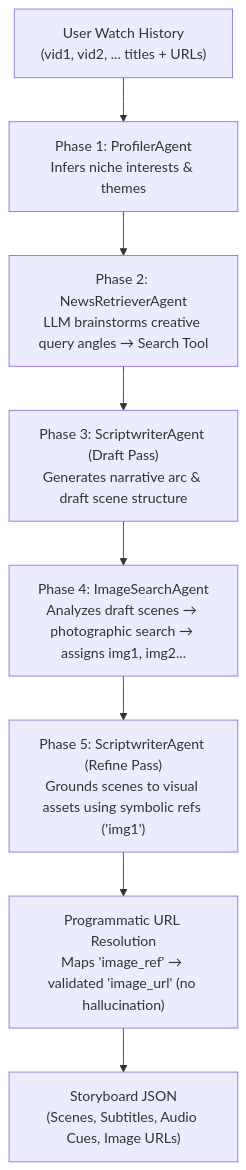
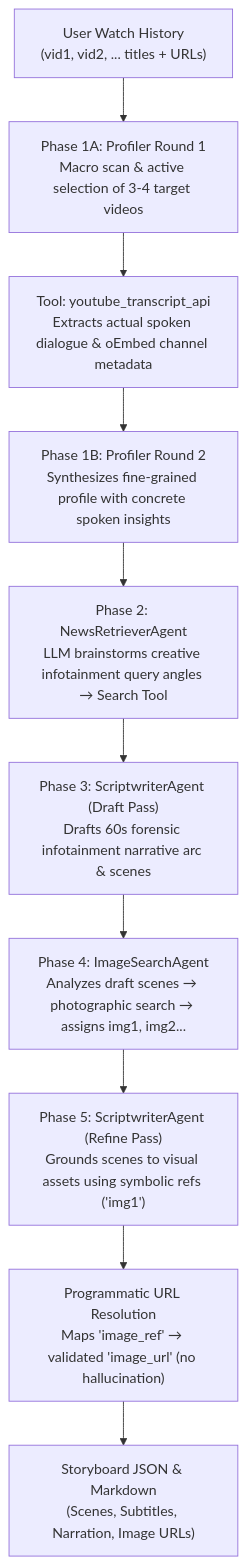
Before and after one commit to CharlesDupouy/nlp-multiagent-storyboarding: the first of 2 diagrams in docs/project_tracker.md, drawn with Mermaid. The commit also changed other lines of this file, not shown here.

Commit message:
docs: update tracker with 2-round profiler and infotainment baseline comparison

````diff
--- a/docs/project_tracker.md
+++ b/docs/project_tracker.md
@@ -34,10 +34,12 @@
 ```mermaid
 flowchart TD
-    I["User Watch History\n(vid1, vid2, ... titles + URLs)"] --> P["Phase 1: ProfilerAgent\nInfers niche interests & themes"]
-    P --> N["Phase 2: NewsRetrieverAgent\nLLM brainstorms creative query angles → Search Tool"]
-    N --> S1["Phase 3: ScriptwriterAgent (Draft Pass)\nGenerates narrative arc & draft scene structure"]
+    I["User Watch History\n(vid1, vid2, ... titles + URLs)"] --> P1["Phase 1A: Profiler Round 1\nMacro scan & active selection of 3-4 target videos"]
+    P1 --> T1["Tool: youtube_transcript_api\nExtracts actual spoken dialogue & oEmbed channel metadata"]
+    T1 --> P2["Phase 1B: Profiler Round 2\nSynthesizes fine-grained profile with concrete spoken insights"]
+    P2 --> N["Phase 2: NewsRetrieverAgent\nLLM brainstorms creative infotainment query angles → Search Tool"]
+    N --> S1["Phase 3: ScriptwriterAgent (Draft Pass)\nDrafts 60s forensic infotainment narrative arc & scenes"]
     S1 --> IMG["Phase 4: ImageSearchAgent\nAnalyzes draft scenes → photographic search → assigns img1, img2..."]
     IMG --> S2["Phase 5: ScriptwriterAgent (Refine Pass)\nGrounds scenes to visual assets using symbolic refs ('img1')"]
     S2 --> RES["Programmatic URL Resolution\nMaps 'image_ref' → validated 'image_url' (no hallucination)"]
-    RES --> O["Storyboard JSON\n(Scenes, Subtitles, Audio Cues, Image URLs)"]
+    RES --> O["Storyboard JSON & Markdown\n(Scenes, Subtitles, Narration, Image URLs)"]
 ```
````
